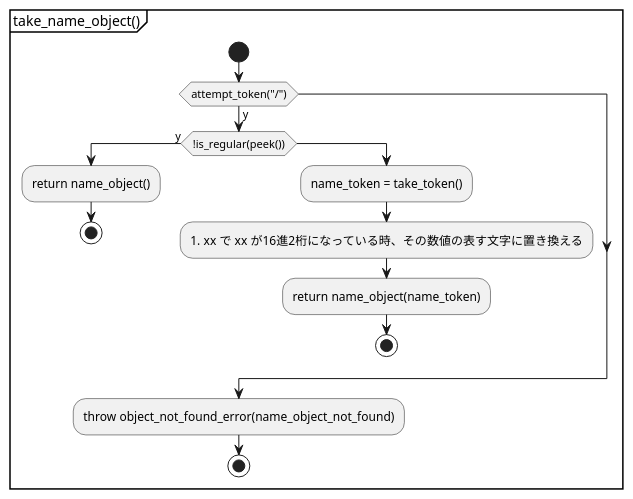
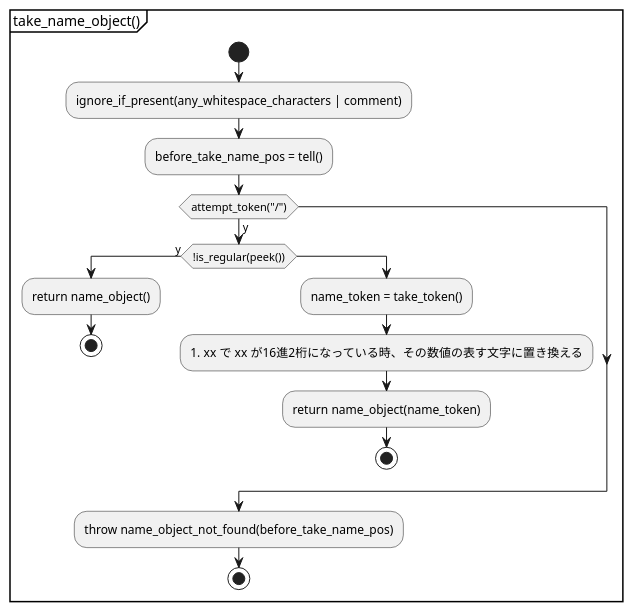
Before and after one commit to KodaiYM/PDFReader: the sixth of 15 diagrams in document/document_reader/ipdfstream/object_stream/object_stream.activity.pu, drawn with PlantUML. The commit also changed other lines of this file and 23 other files, not shown here.

```diff
--- a/document/document_reader/ipdfstream/object_stream/object_stream.activity.pu
+++ b/document/document_reader/ipdfstream/object_stream/object_stream.activity.pu
@@ -243,19 +252,22 @@
 @startuml take_name_object
 partition "take_name_object()" {
 start
+	:ignore_if_present(any_whitespace_characters | comment);
+	:before_take_name_pos = tell();
+
 	if (attempt_token("/")) then (y)
 		if (!is_regular(peek())) then (y)
 			:return name_object();
 			stop
 		else
 			:name_token = take_token();
 			:#xx で xx が16進2桁になっている時、その数値の表す文字に置き換える;
 			:return name_object(name_token);
 			stop
 		endif
 	endif
 
-	:throw object_not_found_error(name_object_not_found);
+	:throw name_object_not_found(before_take_name_pos);
 stop
 }
 @enduml
```
